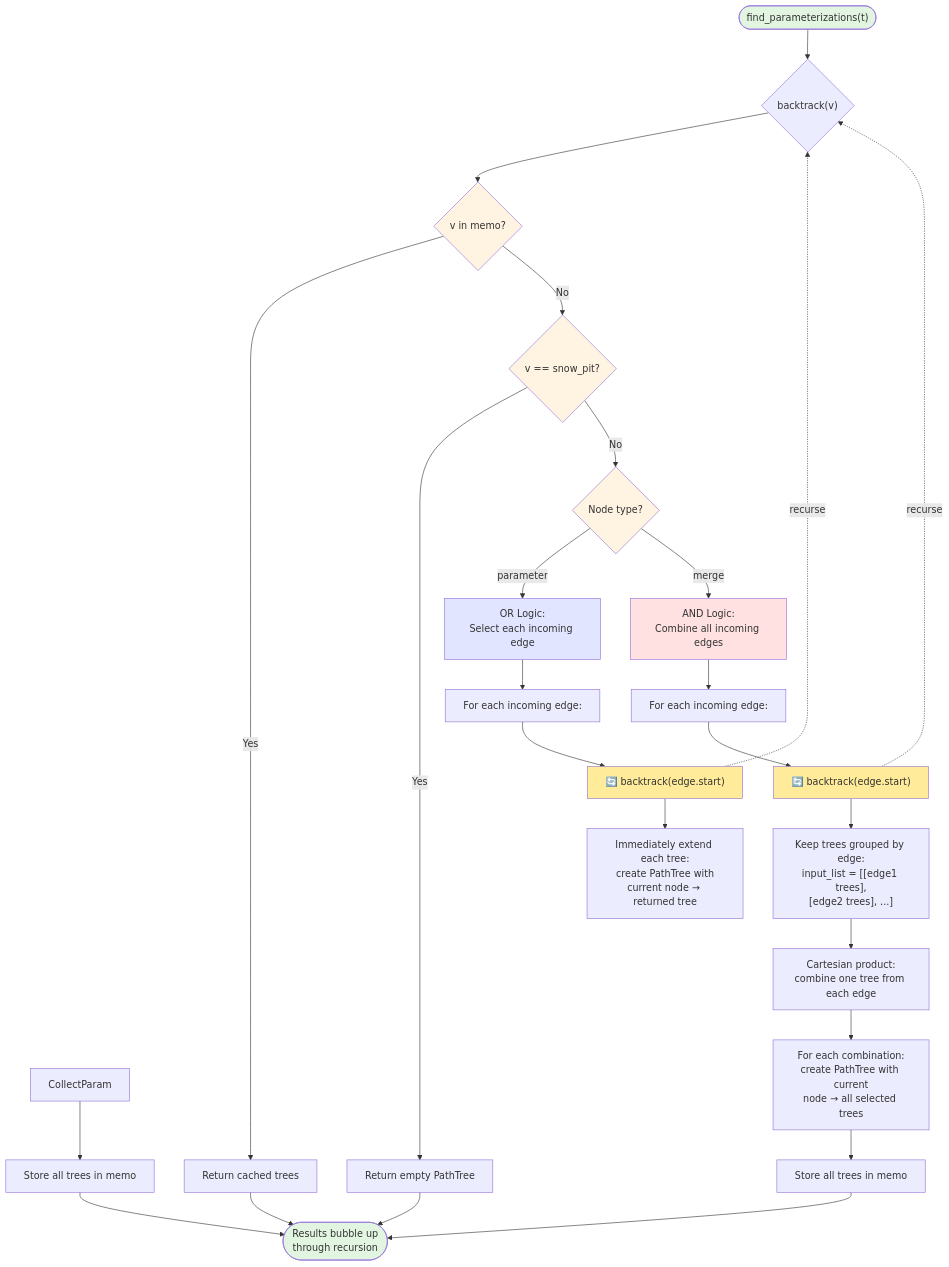
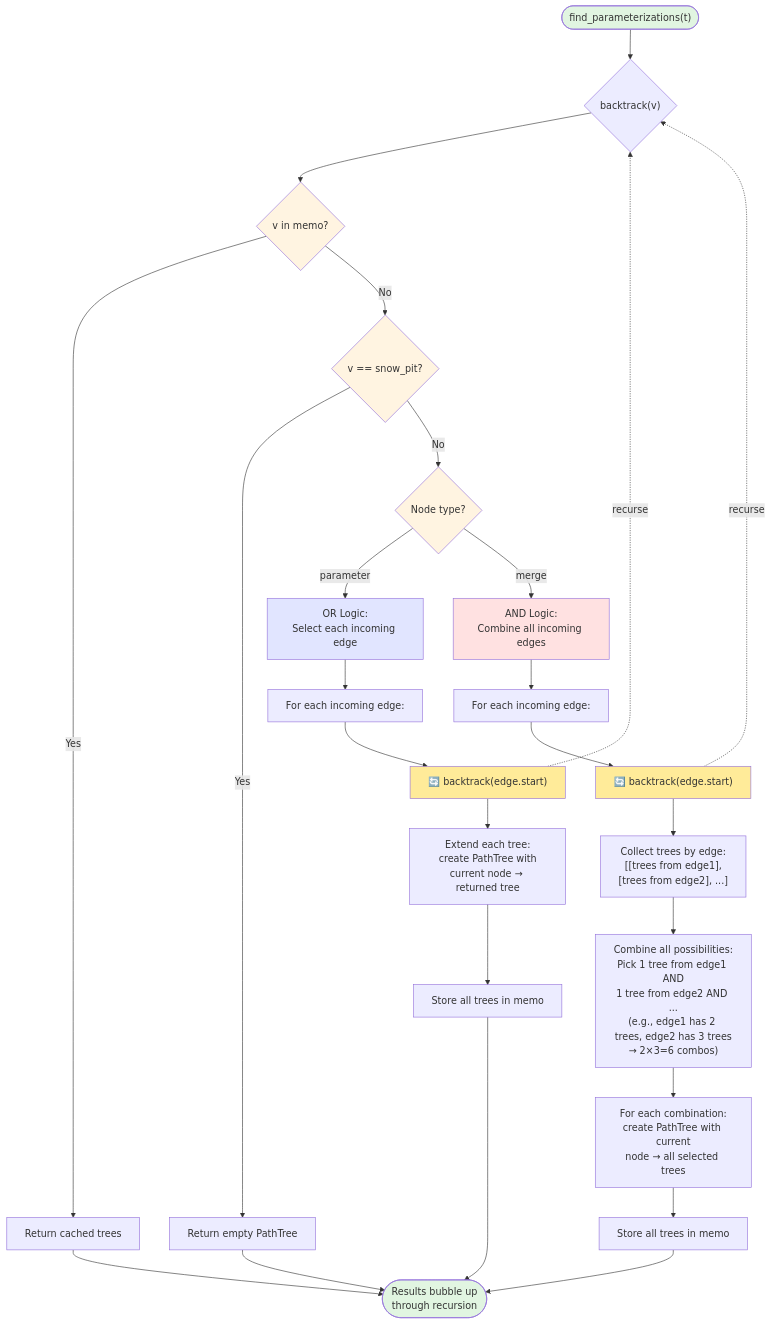
One commit to connellymk/SnowPyt-MechParams changed the diagram in algorithm/algorithm_flowchart.md. Above: the diagram before and after it, drawn with Mermaid. The commit also changed other lines of this file, not shown here.

````diff
--- a/algorithm/algorithm_flowchart.md
+++ b/algorithm/algorithm_flowchart.md
@@ -5,44 +5,44 @@
 ```mermaid
 flowchart TD
     Start(["find_parameterizations(t)"]) --> Backtrack{"backtrack(v)"}
     
     Backtrack --> CheckMemo{v in memo?}
     CheckMemo -->|Yes| Return[Return cached trees]
     CheckMemo -->|No| CheckBase{v == snow_pit?}
     
     CheckBase -->|Yes| BaseCase[Return empty PathTree]
     CheckBase -->|No| CheckType{Node type?}
     
     CheckType -->|parameter| ParamLogic["OR Logic:<br/>Select each incoming edge"]
     CheckType -->|merge| MergeLogic["AND Logic:<br/>Combine all incoming edges"]
     
     ParamLogic --> ForEachEdge["For each incoming edge:"]
     ForEachEdge --> RecurseParam["🔄 backtrack(edge.start)"]
     RecurseParam -.->|recurse| Backtrack
-    RecurseParam --> BuildParam["Immediately extend each tree:<br/>create PathTree with<br/>current node → returned tree"]
-    CollectParam --> StoreParam[Store all trees in memo]
+    RecurseParam --> BuildParam["Extend each tree:<br/>create PathTree with<br/>current node → returned tree"]
+    BuildParam --> StoreParam[Store all trees in memo]
     
     MergeLogic --> ForEachInput["For each incoming edge:"]
     ForEachInput --> RecurseMerge["🔄 backtrack(edge.start)"]
     RecurseMerge -.->|recurse| Backtrack
-    RecurseMerge --> GroupInputs["Keep trees grouped by edge:<br/>input_list = [[edge1 trees],<br/>[edge2 trees], ...]"]
-    GroupInputs --> Cartesian["Cartesian product:<br/>combine one tree from each edge"]
-    Cartesian --> BuildMerge["For each combination:<br/>create PathTree with current<br/>node → all selected trees"]
+    RecurseMerge --> GroupInputs["Collect trees by edge:<br/>[[trees from edge1],<br/>[trees from edge2], ...]"]
+    GroupInputs --> CombineAll["Combine all possibilities:<br/>Pick 1 tree from edge1 AND<br/>1 tree from edge2 AND ...<br/>(e.g., edge1 has 2 trees, edge2 has 3 trees<br/>→ 2×3=6 combos)"]
+    CombineAll --> BuildMerge["For each combination:<br/>create PathTree with current<br/>node → all selected trees"]
     BuildMerge --> StoreMerge[Store all trees in memo]
     
     StoreParam --> End
     StoreMerge --> End
     BaseCase --> End
     Return --> End
     End([Results bubble up<br/>through recursion])
     
     style Start fill:#e1f5e1
     style End fill:#e1f5e1
     style CheckMemo fill:#fff4e1
     style CheckBase fill:#fff4e1
     style CheckType fill:#fff4e1
     style ParamLogic fill:#e1e5ff
     style MergeLogic fill:#ffe1e1
     style RecurseParam fill:#ffeb99
     style RecurseMerge fill:#ffeb99
 ```
````
